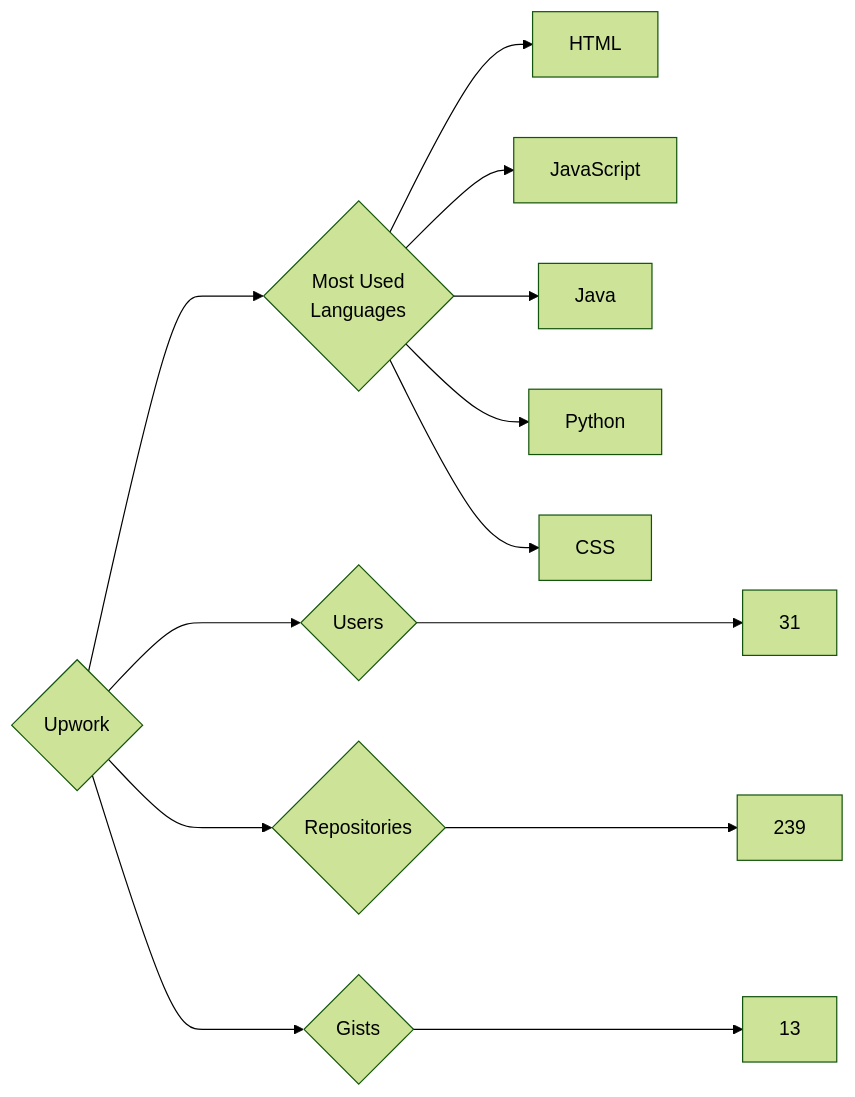
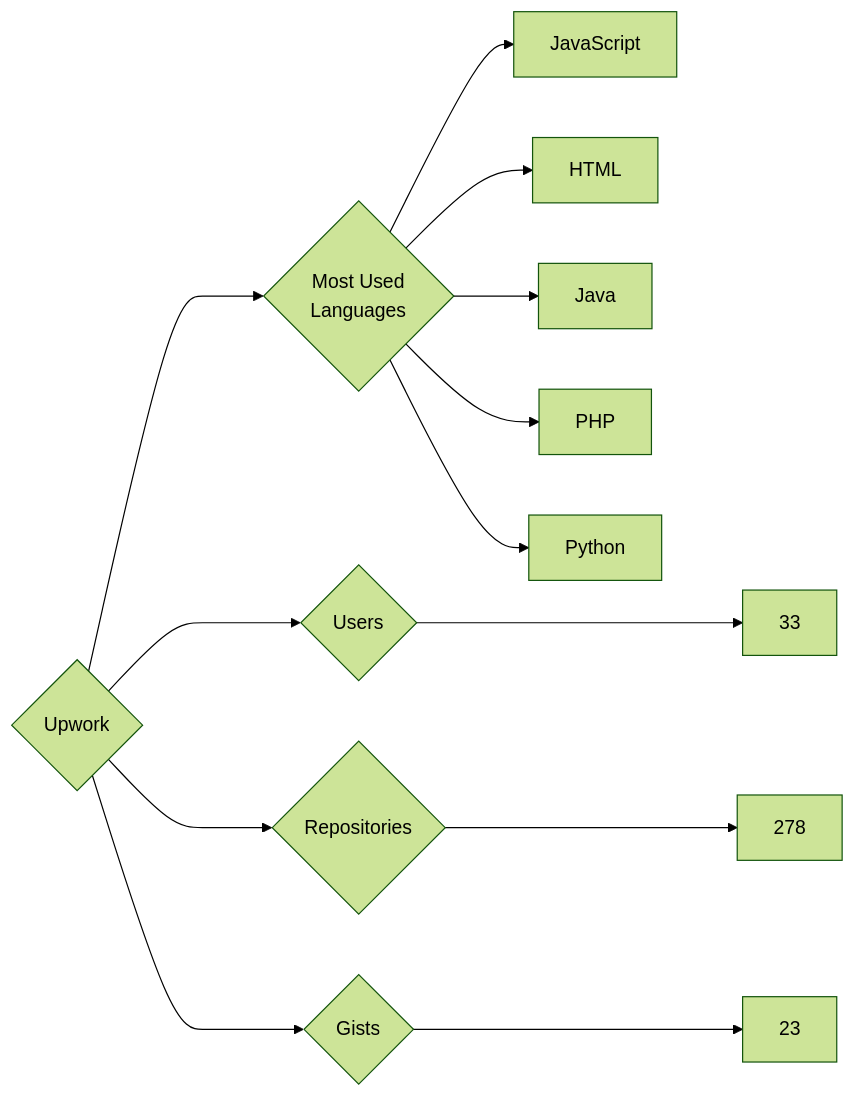
The diagram in targets/Upwork/README.md (trickest/insiders), drawn with Mermaid (forest theme) before and after one commit. The commit also changed 877 other files, not shown here.

````diff
--- a/targets/Upwork/README.md
+++ b/targets/Upwork/README.md
@@ -3,13 +3,13 @@
 ```mermaid
 graph LR
 COMPANY_NAME{Upwork}
-COMPANY_NAME ---> U{Users} ---> UN[31]
-COMPANY_NAME ---> R{Repositories} ---> RN[239]
-COMPANY_NAME ---> G{Gists} ---> GN[13]
+COMPANY_NAME ---> U{Users} ---> UN[33]
+COMPANY_NAME ---> R{Repositories} ---> RN[278]
+COMPANY_NAME ---> G{Gists} ---> GN[23]
 COMPANY_NAME ---> ML{Most Used<br>Languages}
+ML --> JavaScript[JavaScript]
 ML --> HTML[HTML]
-ML --> JavaScript[JavaScript]
 ML --> Java[Java]
+ML --> PHP[PHP]
 ML --> Python[Python]
-ML --> CSS[CSS]
 ```
````
